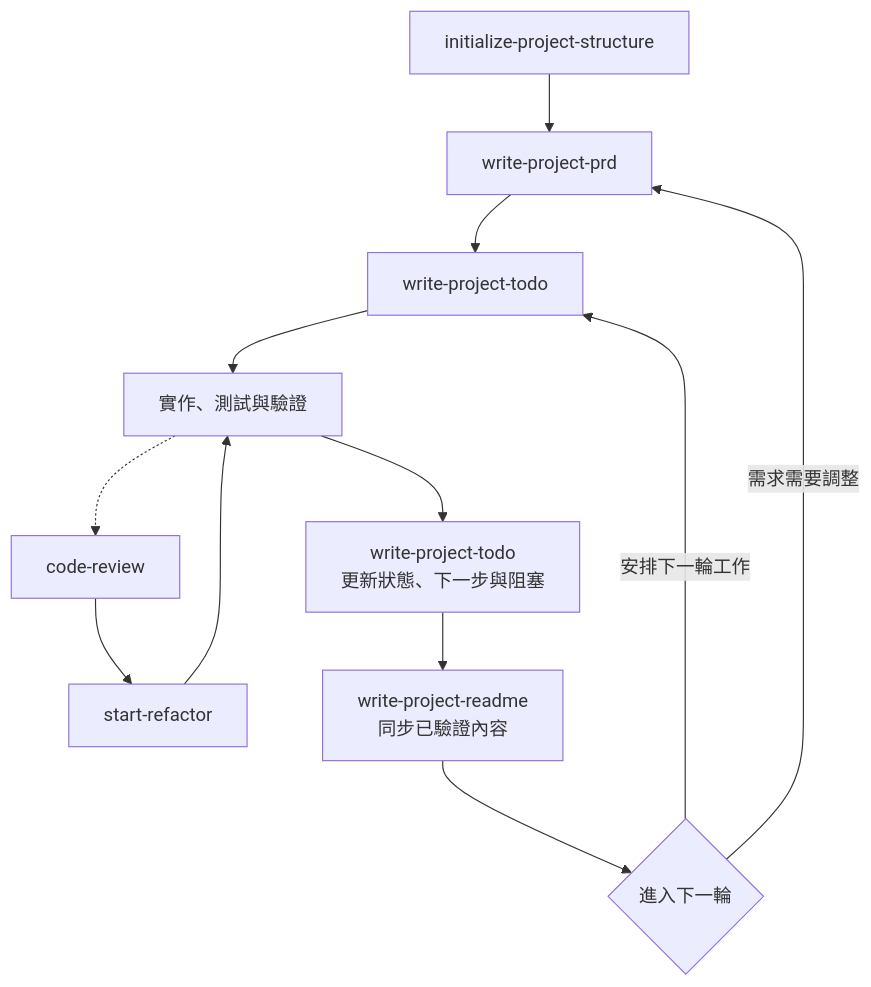
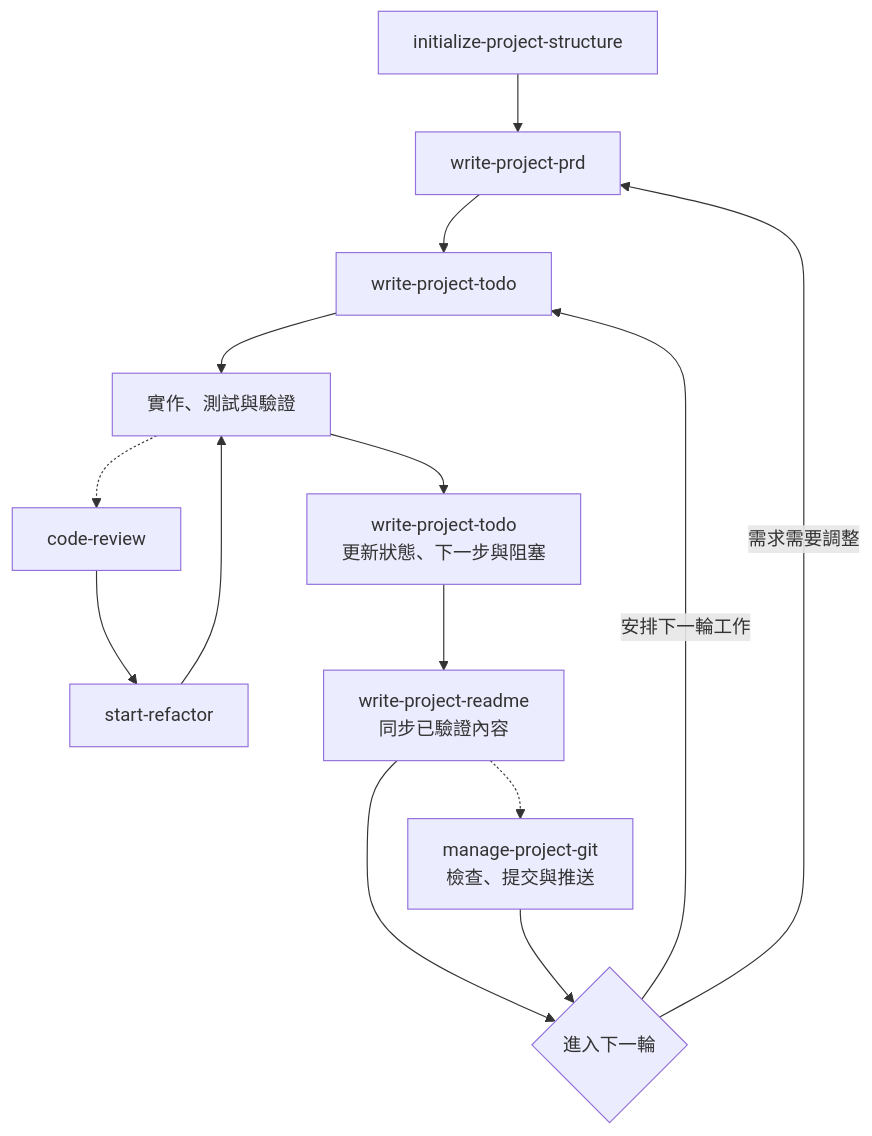
The diagram in README.md (douobb/MySkills), drawn with Mermaid before and after one commit. The commit also changed other lines of this file and 4 other files, not shown here.

````diff
--- a/README.md
+++ b/README.md
@@ -26,17 +27,19 @@
 ```mermaid
 flowchart TD
     INIT["initialize-project-structure"] --> PRD["write-project-prd"]
     PRD --> TODO["write-project-todo"]
     TODO --> BUILD["實作、測試與驗證"]
 
     BUILD -.-> REVIEW["code-review"]
     REVIEW --> REFACTOR["start-refactor"]
     REFACTOR --> BUILD
 
     BUILD --> TODO_SYNC["write-project-todo<br/>更新狀態、下一步與阻塞"]
     TODO_SYNC --> README_SYNC["write-project-readme<br/>同步已驗證內容"]
     README_SYNC --> NEXT{"進入下一輪"}
+    README_SYNC -.-> GIT["manage-project-git<br/>檢查、提交與推送"]
+    GIT --> NEXT
 
     NEXT -->|"安排下一輪工作"| TODO
     NEXT -->|"需求需要調整"| PRD
 ```
````
